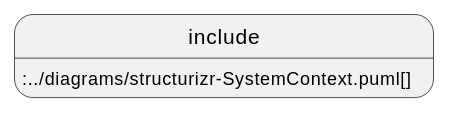
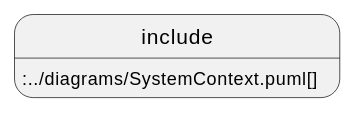
The first of 2 diagrams in documentation/arc42/03_system_scope_and_context.adoc (bitsmuggler/arc42-c4-software-architecture-documentation-example), drawn with PlantUML before and after one commit. The commit also changed other lines of this file and 8 other files, not shown here.

```diff
--- a/documentation/arc42/03_system_scope_and_context.adoc
+++ b/documentation/arc42/03_system_scope_and_context.adoc
@@ -13,4 +13,4 @@
 [plantuml, format=png]   
 ....
-include::../diagrams/structurizr-SystemContext.puml[]
+include::../diagrams/SystemContext.puml[]
 ....
```
